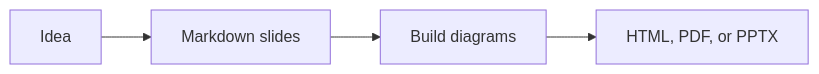
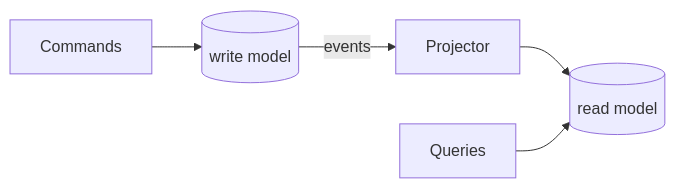
One commit to codermana/presentation-distributed-transactions-without-2pc changed the eighth of 9 diagrams in slides.md. Above: the diagram before and after it, drawn with Mermaid. The commit also changed other lines of this file and 8 other files, not shown here.

````diff
--- a/slides.md
+++ b/slides.md
@@ -293,6 +720,7 @@
 ```mermaid
 flowchart LR
-    Idea[Idea] --> Draft[Markdown slides]
-    Draft --> Build[Build diagrams]
-    Build --> Export[HTML, PDF, or PPTX]
+    C[Commands] --> W[(write model)]
+    W -->|events| J[Projector]
+    J --> R[(read model)]
+    Q[Queries] --> R
 ```
````
